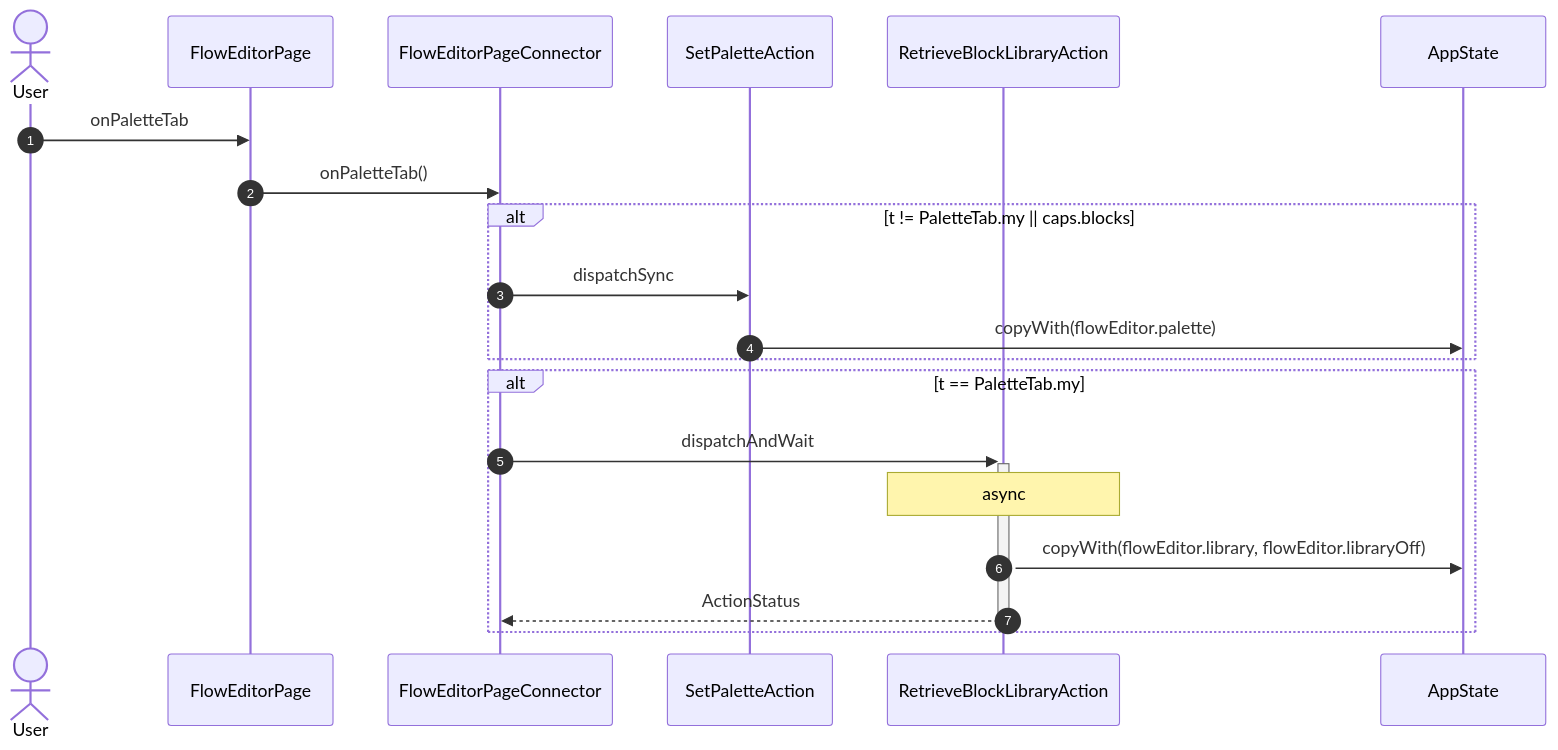
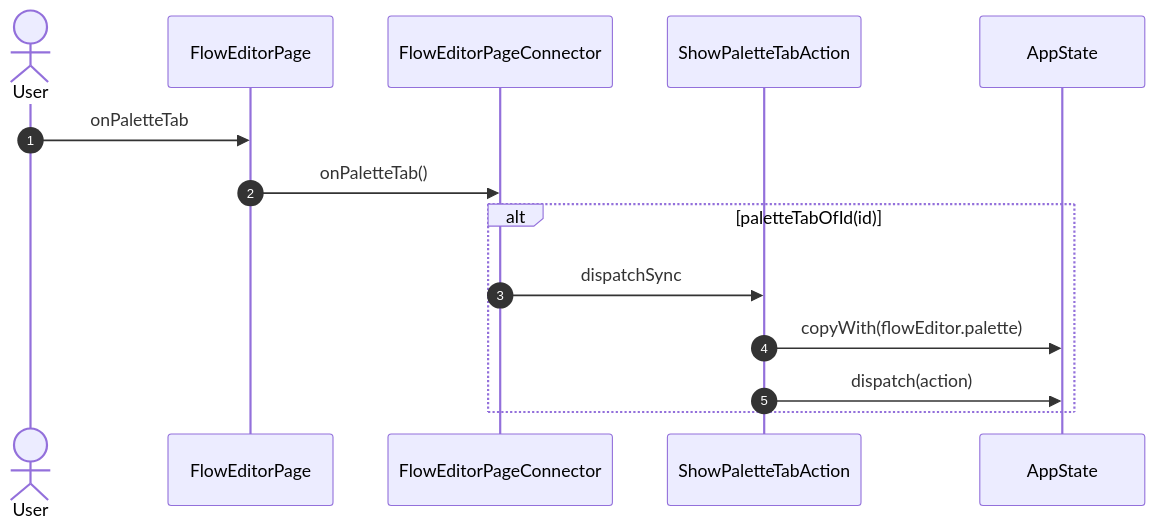
Before and after one commit to gencto/wyrm: diagram 19 of 42 in studio/docs/flows/flowEditor.md, drawn with Mermaid. The commit also changed other lines of this file and 49 other files, not shown here.

````diff
--- a/studio/docs/flows/flowEditor.md
+++ b/studio/docs/flows/flowEditor.md
@@ -375,23 +349,17 @@
 ```mermaid
 sequenceDiagram
     autonumber
     actor User
     participant UI as FlowEditorPage
     participant VM as FlowEditorPageConnector
-    participant A1 as SetPaletteAction
-    participant A2 as RetrieveBlockLibraryAction
+    participant A1 as ShowPaletteTabAction
     participant ST as AppState
 
     User->>UI: onPaletteTab
     UI->>VM: onPaletteTab()
-    alt t != PaletteTab.my || caps.blocks
+    alt paletteTabOfId(id)
         VM->>A1: dispatchSync
         A1->>ST: copyWith(flowEditor.palette)
-    end
-    alt t == PaletteTab.my
-        VM->>+A2: dispatchAndWait
-        Note over A2: async
-        A2->>ST: copyWith(flowEditor.library, flowEditor.libraryOff)
-        A2-->>-VM: ActionStatus
+        A1->>ST: dispatch(action)
     end
 ```
````
